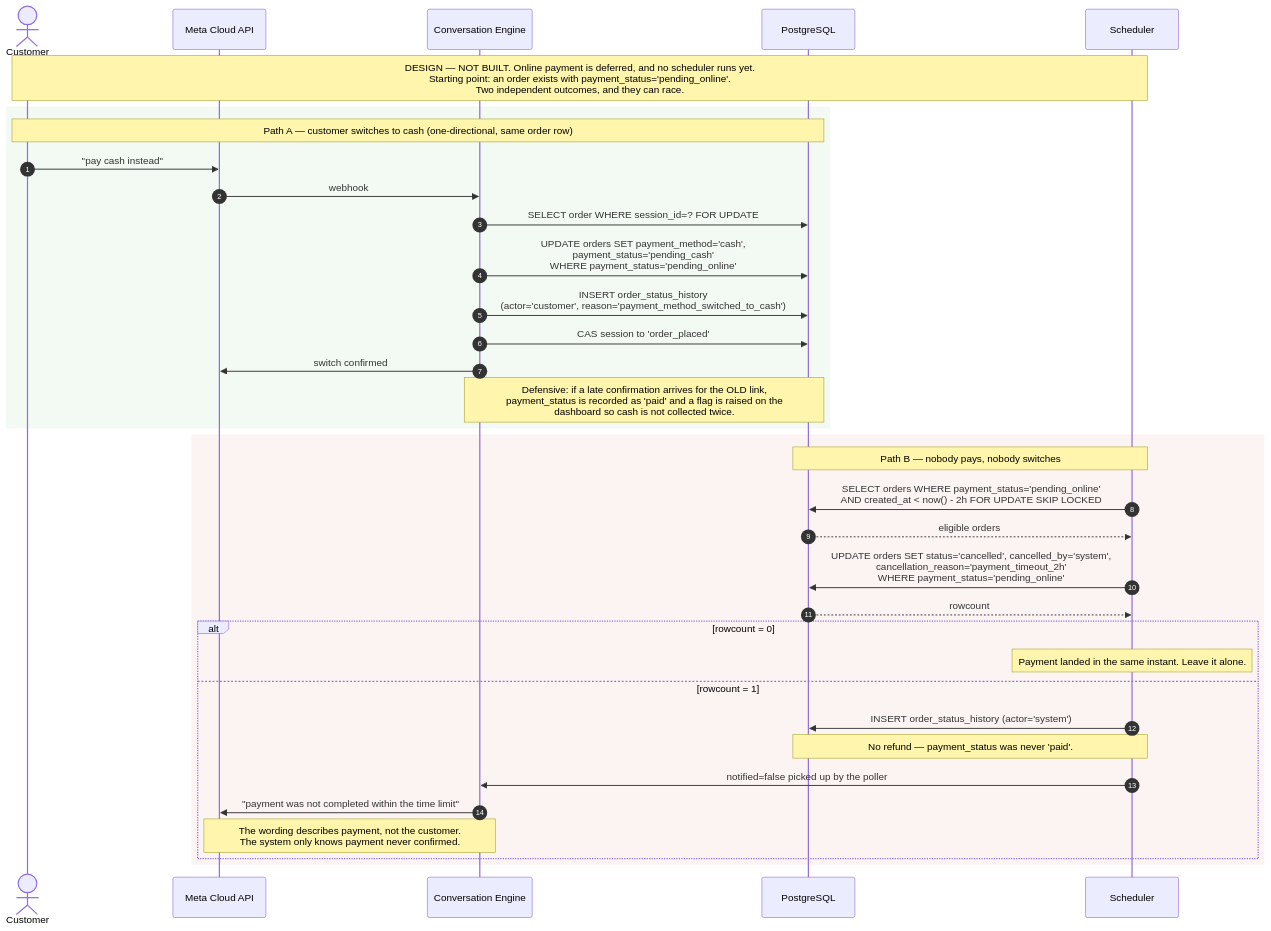
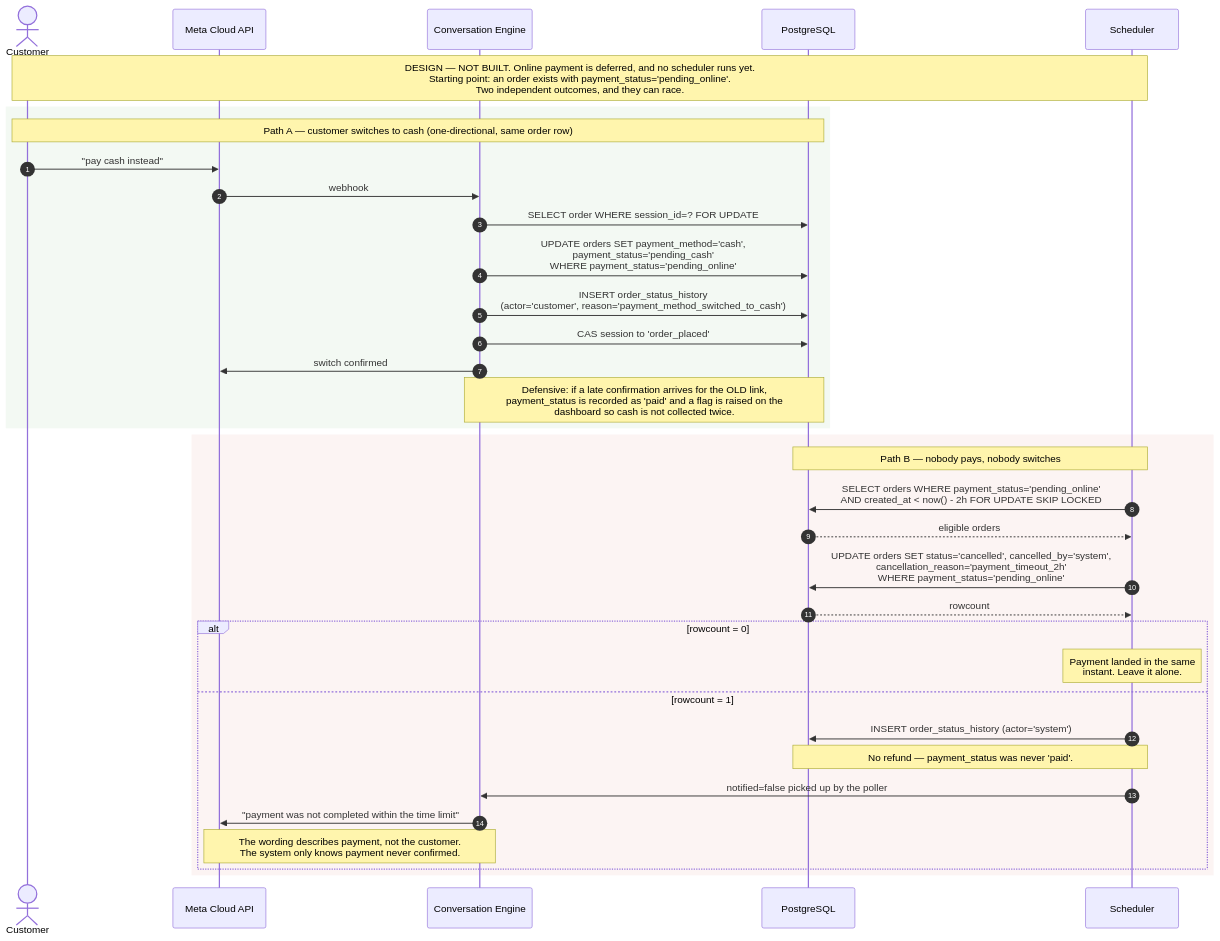
The diagram in docs/diagrams/17-seq-payment-timeout.mmd (mozz-labs/sufria), drawn with Mermaid before and after one commit. The commit also changed 37 other files, not shown here.

First line of the commit message:
docs(wip): Chapter 3 v1.2 diagrams — all rendered, FR-08, FR-28 and menu as built

```diff
--- a/docs/diagrams/17-seq-payment-timeout.mmd
+++ b/docs/diagrams/17-seq-payment-timeout.mmd
@@ -1,35 +1,35 @@
 sequenceDiagram
     autonumber
     actor C as Customer
     participant WA as Meta Cloud API
     participant CE as Conversation Engine
     participant DB as PostgreSQL
     participant SCH as Scheduler
     Note over C,SCH: DESIGN — NOT BUILT. Online payment is deferred, and no scheduler runs yet.<br/>Starting point: an order exists with payment_status='pending_online'.<br/>Two independent outcomes, and they can race.
     rect rgba(220,238,220,0.35)
         Note over C,DB: Path A — customer switches to cash (one-directional, same order row)
         C->>WA: "pay cash instead"
         WA->>CE: webhook
         CE->>DB: SELECT order WHERE session_id=? FOR UPDATE
         CE->>DB: UPDATE orders SET payment_method='cash',<br/>payment_status='pending_cash'<br/>WHERE payment_status='pending_online'
         CE->>DB: INSERT order_status_history<br/>(actor='customer', reason='payment_method_switched_to_cash')
         CE->>DB: CAS session to 'order_placed'
         CE->>WA: switch confirmed
         Note over CE,DB: Defensive: if a late confirmation arrives for the OLD link,<br/>payment_status is recorded as 'paid' and a flag is raised on the<br/>dashboard so cash is not collected twice.
     end
     rect rgba(245,222,221,0.35)
         Note over SCH,DB: Path B — nobody pays, nobody switches
         SCH->>DB: SELECT orders WHERE payment_status='pending_online'<br/>AND created_at < now() - 2h FOR UPDATE SKIP LOCKED
         DB-->>SCH: eligible orders
         SCH->>DB: UPDATE orders SET status='cancelled', cancelled_by='system',<br/>cancellation_reason='payment_timeout_2h'<br/>WHERE payment_status='pending_online'
         DB-->>SCH: rowcount
         alt rowcount = 0
-            Note over SCH: Payment landed in the same instant. Leave it alone.
+            Note over SCH: Payment landed in the same<br/>instant. Leave it alone.
         else rowcount = 1
             SCH->>DB: INSERT order_status_history (actor='system')
             Note over SCH,DB: No refund — payment_status was never 'paid'.
             SCH->>CE: notified=false picked up by the poller
             CE->>WA: "payment was not completed within the time limit"
             Note over CE,WA: The wording describes payment, not the customer.<br/>The system only knows payment never confirmed.
         end
     end
```
